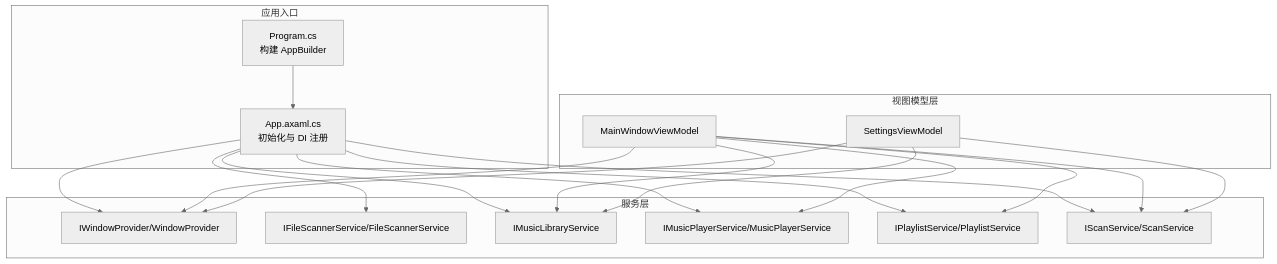
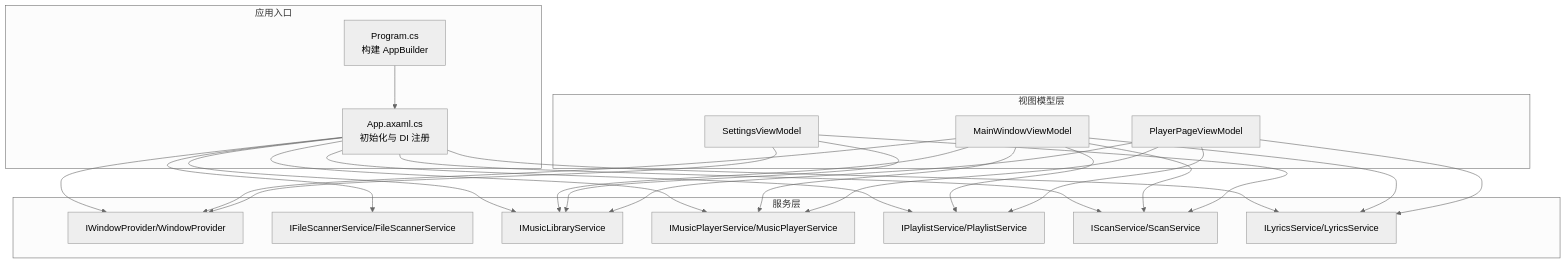
One commit to mariamjensen42-glitch/LocalMusicPlayer changed the first of 6 diagrams in .qoder/repowiki/zh/content/架构设计/依赖注入容器.md. Above: the diagram before and after it, drawn with Mermaid (neutral theme). The commit also changed other lines of this file and 23 other files, not shown here.

````diff
--- a/.qoder/repowiki/zh/content/架构设计/依赖注入容器.md
+++ b/.qoder/repowiki/zh/content/架构设计/依赖注入容器.md
@@ -45,34 +54,42 @@
 ```mermaid
 graph TB
 subgraph "应用入口"
 P["Program.cs<br/>构建 AppBuilder"]
 A["App.axaml.cs<br/>初始化与 DI 注册"]
 end
 subgraph "服务层"
 W["IWindowProvider/WindowProvider"]
 F["IFileScannerService/FileScannerService"]
 L["IMusicLibraryService"]
 M["IMusicPlayerService/MusicPlayerService"]
 PL["IPlaylistService/PlaylistService"]
 S["IScanService/ScanService"]
+LY["ILyricsService/LyricsService"]
 end
 subgraph "视图模型层"
 VM1["MainWindowViewModel"]
 VM2["SettingsViewModel"]
+VM3["PlayerPageViewModel"]
 end
 P --> A
 A --> W
 A --> F
 A --> L
 A --> M
 A --> PL
 A --> S
+A --> LY
 VM1 --> M
 VM1 --> PL
 VM1 --> L
 VM1 --> W
 VM1 --> S
+VM1 --> LY
 VM2 --> W
 VM2 --> S
 VM2 --> L
+VM3 --> M
+VM3 --> PL
+VM3 --> L
+VM3 --> LY
 ```
````
